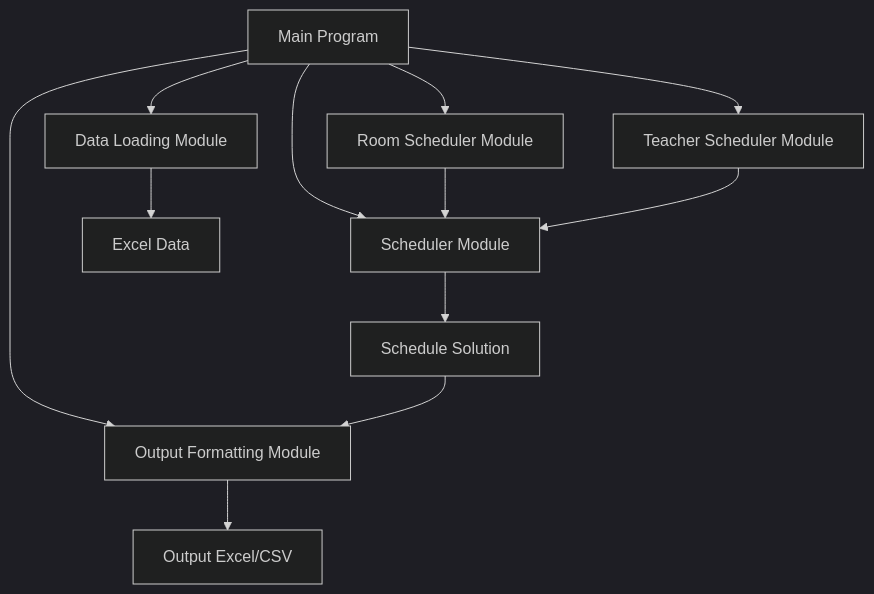
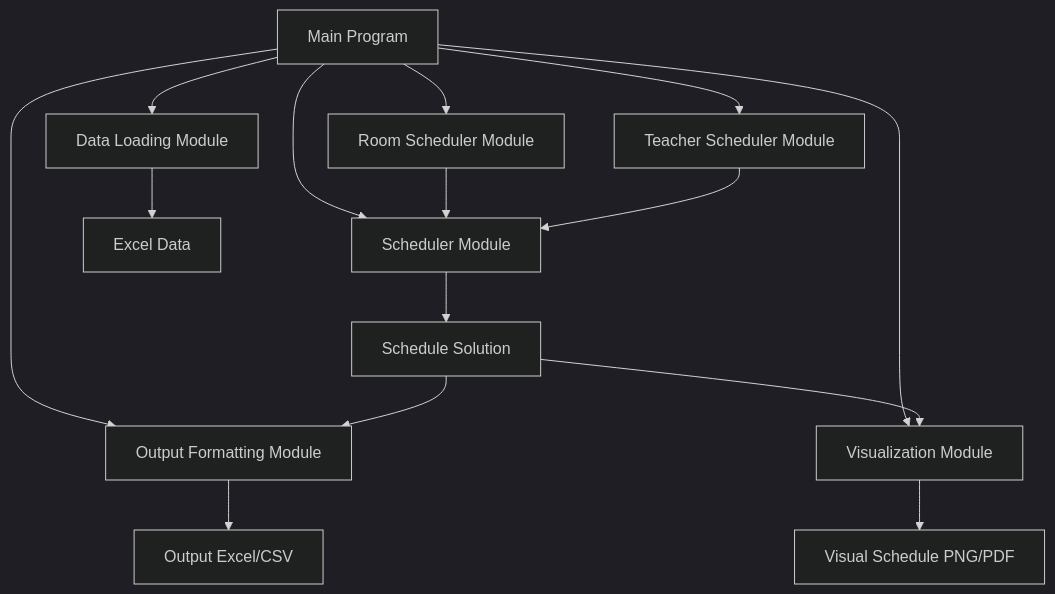
The diagram in README.md (shonlittle/studio-schedule), drawn with Mermaid (dark theme) before and after one commit. The commit also changed other lines of this file, not shown here.

Commit message:
Enhance README with schedule visualization details and features

````diff
--- a/README.md
+++ b/README.md
@@ -90,14 +95,17 @@
 ```mermaid
 graph TD
     A[Main Program] --> B[Data Loading Module]
     A --> C1[Room Scheduler Module]
     A --> C2[Teacher Scheduler Module]
     A --> D[Scheduler Module]
     A --> E[Output Formatting Module]
+    A --> V[Visualization Module]
     B --> F[Excel Data]
     C1 --> D
     C2 --> D
     D --> H[Schedule Solution]
     H --> E
+    H --> V
     E --> I[Output Excel/CSV]
+    V --> J[Visual Schedule PNG/PDF]
 ```
````
